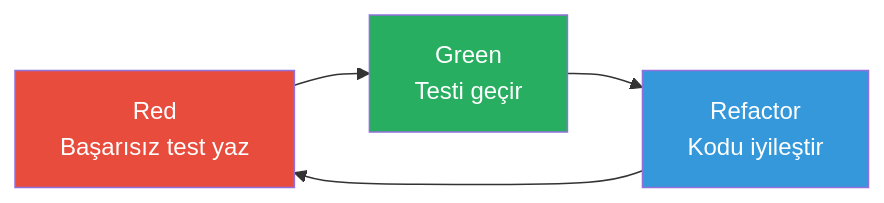
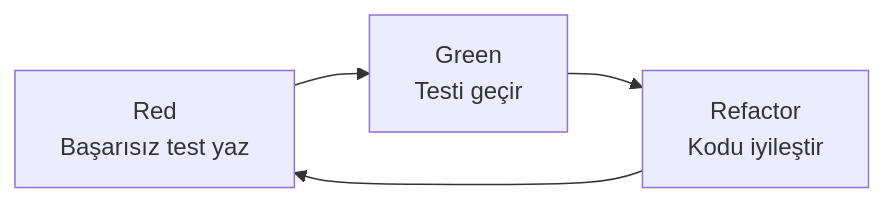
One commit to IzzetYasinAtes/ClaudeCodeHandbook changed the second of 2 diagrams in 20-pratik-senaryolar/04-test-yazma.md. Above: the diagram before and after it, drawn with Mermaid. The commit also changed other lines of this file and 97 other files, not shown here.

Commit message:
Remove all custom Mermaid style/fill colors from 98 markdown files for consistent dark theme rendering

````diff
--- a/20-pratik-senaryolar/04-test-yazma.md
+++ b/20-pratik-senaryolar/04-test-yazma.md
@@ -80,10 +77,6 @@
 ```mermaid
 flowchart LR
     A["Red<br/>Başarısız test yaz"] --> B["Green<br/>Testi geçir"]
     B --> C["Refactor<br/>Kodu iyileştir"]
     C --> A
-
-    style A fill:#E74C3C,color:#fff
-    style B fill:#27AE60,color:#fff
-    style C fill:#3498DB,color:#fff
 ```
````
